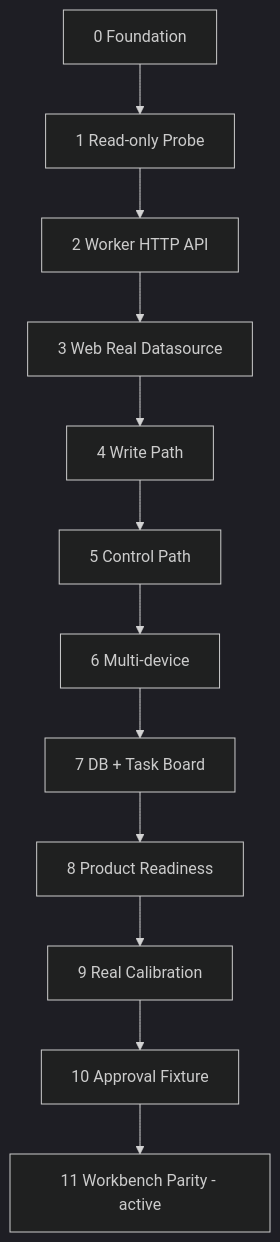
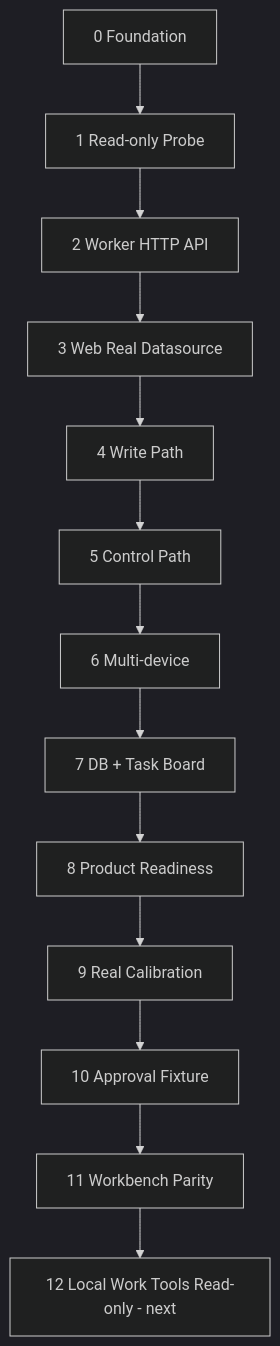
Before and after one commit to VintLin/codex-remote: the second of 2 diagrams in PLAN.md, drawn with Mermaid (dark theme). The commit also changed other lines of this file and 28 other files, not shown here.

````diff
--- a/PLAN.md
+++ b/PLAN.md
@@ -61,17 +62,18 @@
 ```mermaid
 flowchart TB
   P0["0 Foundation"]
   P1["1 Read-only Probe"]
   P2["2 Worker HTTP API"]
   P3["3 Web Real Datasource"]
   P4["4 Write Path"]
   P5["5 Control Path"]
   P6["6 Multi-device"]
   P7["7 DB + Task Board"]
   P8["8 Product Readiness"]
   P9["9 Real Calibration"]
   P10["10 Approval Fixture"]
-  P11["11 Workbench Parity - active"]
+  P11["11 Workbench Parity"]
+  P12["12 Local Work Tools Read-only - next"]
 
-  P0 --> P1 --> P2 --> P3 --> P4 --> P5 --> P6 --> P7 --> P8 --> P9 --> P10 --> P11
+  P0 --> P1 --> P2 --> P3 --> P4 --> P5 --> P6 --> P7 --> P8 --> P9 --> P10 --> P11 --> P12
 ```
````
